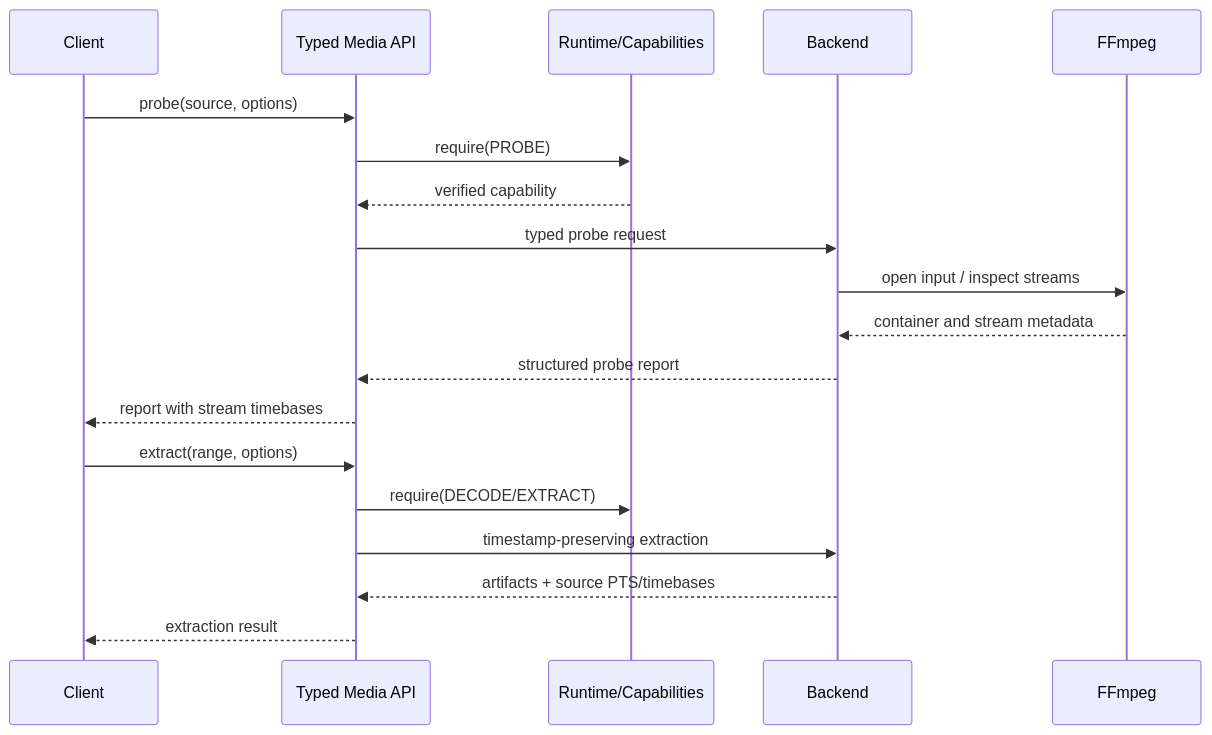
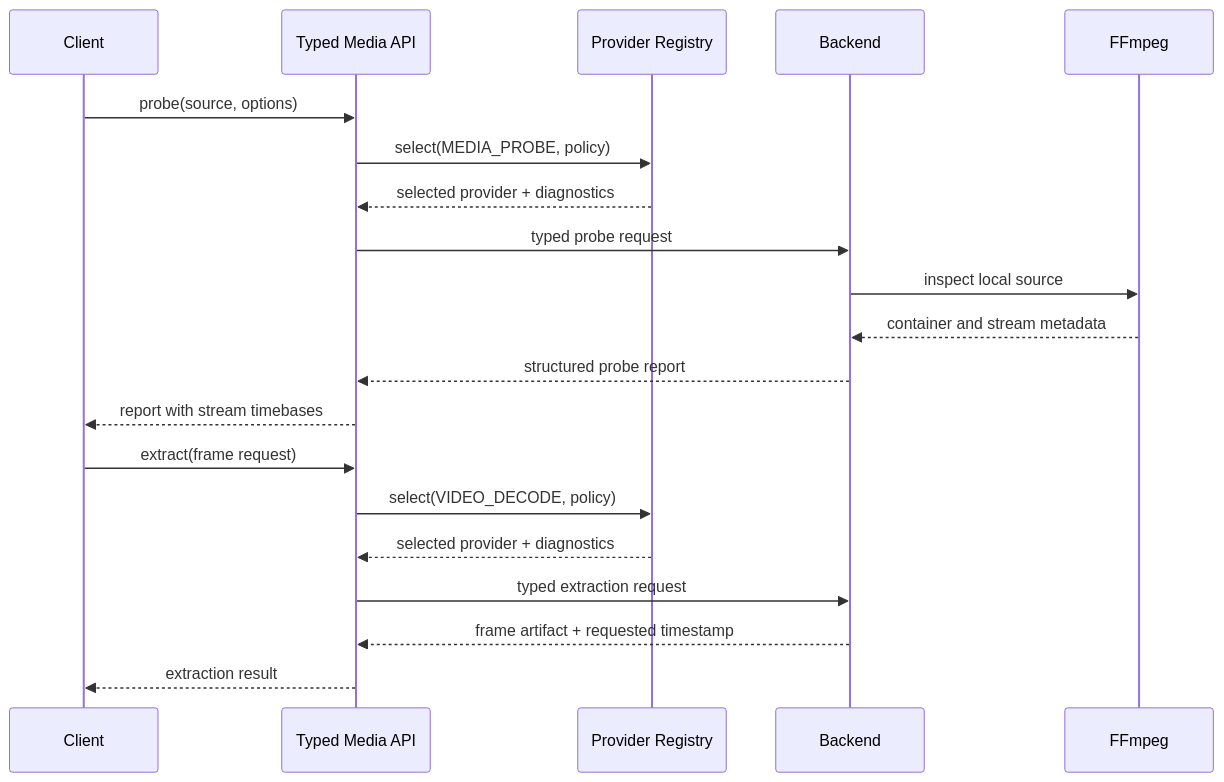
The fourth of 5 diagrams in docs/architecture/DIAGRAMS.md (andalus-ai/manazir), drawn with Mermaid before and after one commit. The commit also changed other lines of this file, not shown here.

Commit message:
docs: diagram provider selection flow

````diff
--- a/docs/architecture/DIAGRAMS.md
+++ b/docs/architecture/DIAGRAMS.md
@@ -30,21 +49,22 @@
 ```mermaid
 sequenceDiagram
  participant Client
  participant API as Typed Media API
- participant Runtime as Runtime/Capabilities
+ participant Registry as Provider Registry
  participant Backend
  participant FFmpeg
  Client->>API: probe(source, options)
- API->>Runtime: require(PROBE)
- Runtime-->>API: verified capability
+ API->>Registry: select(MEDIA_PROBE, policy)
+ Registry-->>API: selected provider + diagnostics
  API->>Backend: typed probe request
- Backend->>FFmpeg: open input / inspect streams
+ Backend->>FFmpeg: inspect local source
  FFmpeg-->>Backend: container and stream metadata
  Backend-->>API: structured probe report
  API-->>Client: report with stream timebases
- Client->>API: extract(range, options)
- API->>Runtime: require(DECODE/EXTRACT)
- API->>Backend: timestamp-preserving extraction
- Backend-->>API: artifacts + source PTS/timebases
+ Client->>API: extract(frame request)
+ API->>Registry: select(VIDEO_DECODE, policy)
+ Registry-->>API: selected provider + diagnostics
+ API->>Backend: typed extraction request
+ Backend-->>API: frame artifact + requested timestamp
  API-->>Client: extraction result
 ```
````
